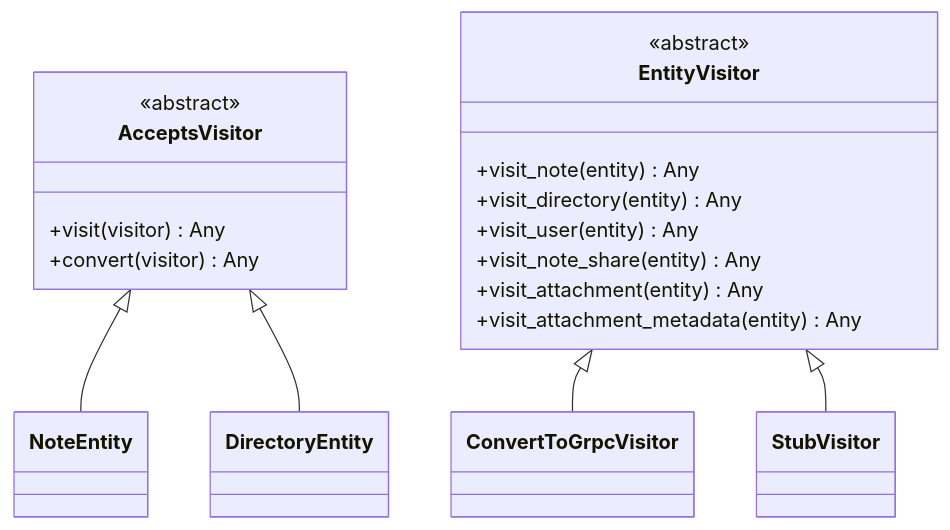
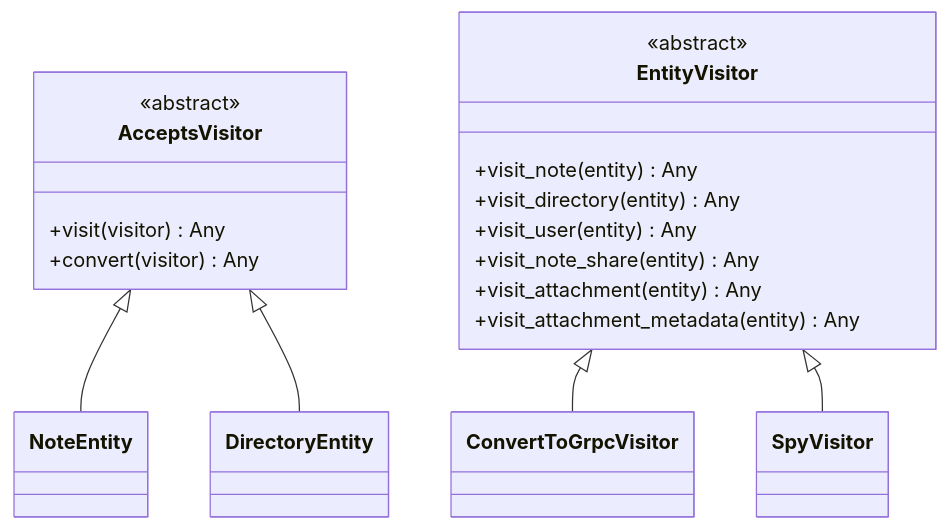
Before and after one commit to KuramaSyu/WerSu: the first of 2 diagrams in docs/converters.md, drawn with Mermaid. The commit also changed other lines of this file and 188 other files, not shown here.

````diff
--- a/docs/converters.md
+++ b/docs/converters.md
@@ -20,21 +20,21 @@
 ```mermaid
 classDiagram
     class AcceptsVisitor { <<abstract>>
         +visit(visitor) Any
         +convert(visitor) Any
     }
     class EntityVisitor { <<abstract>>
         +visit_note(entity) Any
         +visit_directory(entity) Any
         +visit_user(entity) Any
         +visit_note_share(entity) Any
         +visit_attachment(entity) Any
         +visit_attachment_metadata(entity) Any
     }
     class ConvertToGrpcVisitor
-    class StubVisitor
+    class SpyVisitor
     AcceptsVisitor <|-- NoteEntity
     AcceptsVisitor <|-- DirectoryEntity
     EntityVisitor <|-- ConvertToGrpcVisitor
-    EntityVisitor <|-- StubVisitor
+    EntityVisitor <|-- SpyVisitor
 ```
````
